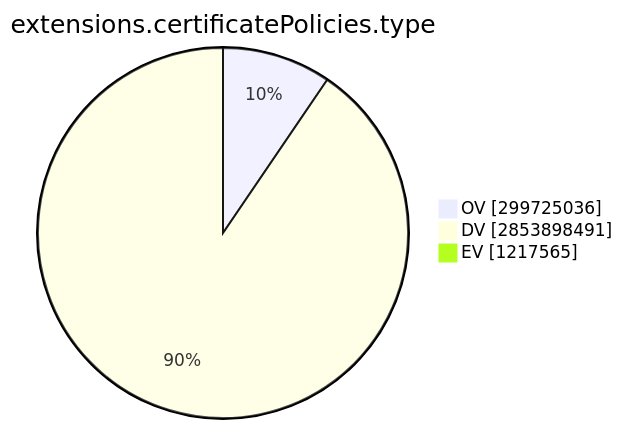
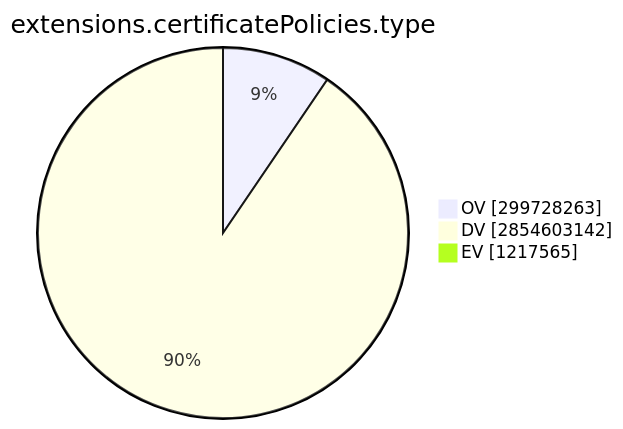
Before and after one commit to christiankrug/ctmonitor_visualization: the ninth of 15 diagrams in TOTAL/README.md, drawn with Mermaid. The commit also changed other lines of this file, not shown here.

````diff
--- a/TOTAL/README.md
+++ b/TOTAL/README.md
@@ -3101,7 +3101,7 @@
 ```mermaid
 pie showData
 title extensions.certificatePolicies.type
-"OV" :299725036
-"DV" :2853898491
+"OV" :299728263
+"DV" :2854603142
 "EV" :1217565
 ```
````
